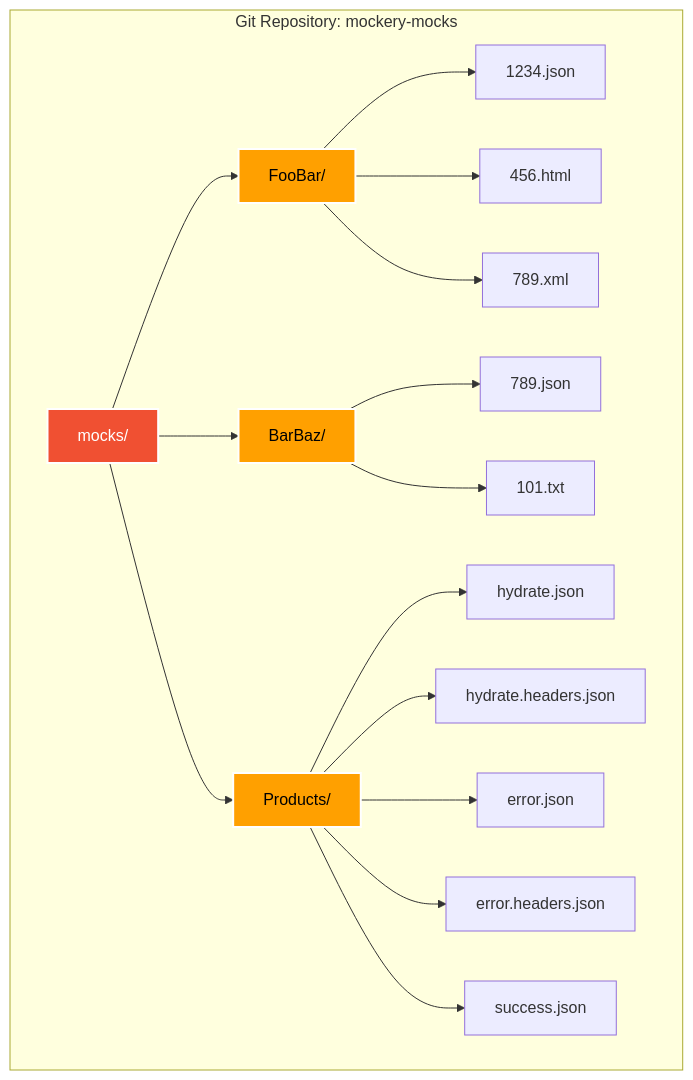
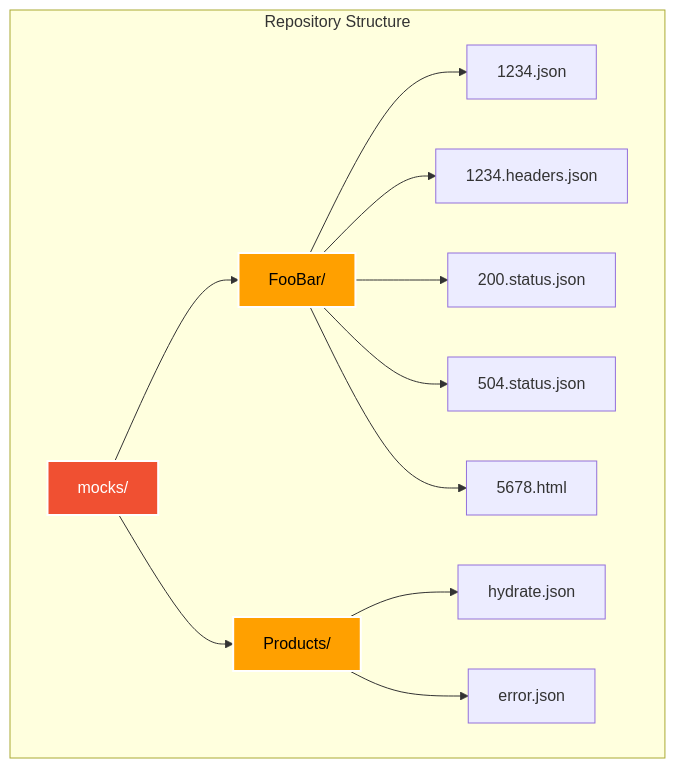
Before and after one commit to busadave13/Mockery: the fourth of 4 diagrams in .docs/mockery-design.md, drawn with Mermaid. The commit also changed other lines of this file, not shown here.

````diff
--- a/.docs/mockery-design.md
+++ b/.docs/mockery-design.md
@@ -1449,44 +1090,33 @@
 ```mermaid
 graph TB
-    subgraph "Git Repository: mockery-mocks"
+    subgraph "Repository Structure"
         Root[mocks/]
 
         FooBar[FooBar/]
         Mock1234[1234.json]
-        Mock456[456.html]
-        Mock789[789.xml]
+        Headers1234[1234.headers.json]
+        Status200[200.status.json]
+        Status504[504.status.json]
+        Mock5678[5678.html]
 
-        BarBaz[BarBaz/]
-        Mock789B[789.json]
-        Mock101[101.txt]
-
-        ProductSvc[Products/]
+        Products[Products/]
         MockHydrate[hydrate.json]
-        MockHydrateHeaders[hydrate.headers.json]
         MockError[error.json]
-        MockErrorHeaders[error.headers.json]
-        MockSuccess[success.json]
 
         Root --> FooBar
-        Root --> BarBaz
-        Root --> ProductSvc
+        Root --> Products
 
         FooBar --> Mock1234
-        FooBar --> Mock456
-        FooBar --> Mock789
+        FooBar --> Headers1234
+        FooBar --> Status200
+        FooBar --> Status504
+        FooBar --> Mock5678
 
-        BarBaz --> Mock789B
-        BarBaz --> Mock101
-
-        ProductSvc --> MockHydrate
-        ProductSvc --> MockHydrateHeaders
-        ProductSvc --> MockError
-        ProductSvc --> MockErrorHeaders
-        ProductSvc --> MockSuccess
+        Products --> MockHydrate
+        Products --> MockError
     end
 
     style Root fill:#F05032,stroke:#fff,stroke-width:2px,color:#fff
     style FooBar fill:#FFA000,stroke:#fff,stroke-width:2px,color:#000
-    style BarBaz fill:#FFA000,stroke:#fff,stroke-width:2px,color:#000
-    style ProductSvc fill:#FFA000,stroke:#fff,stroke-width:2px,color:#000
+    style Products fill:#FFA000,stroke:#fff,stroke-width:2px,color:#000
 ```
````
